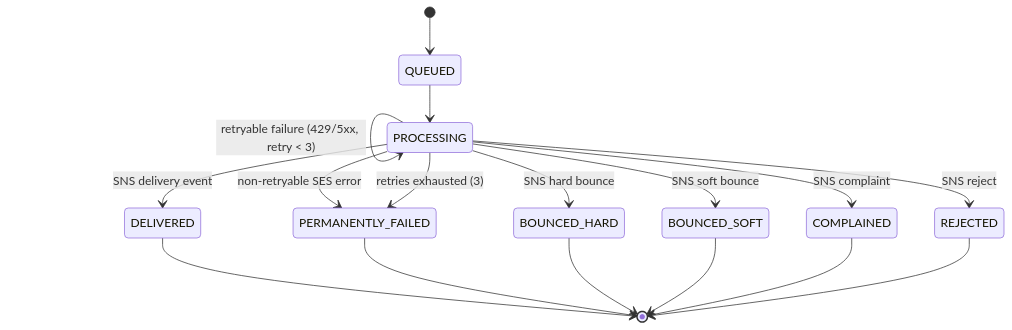
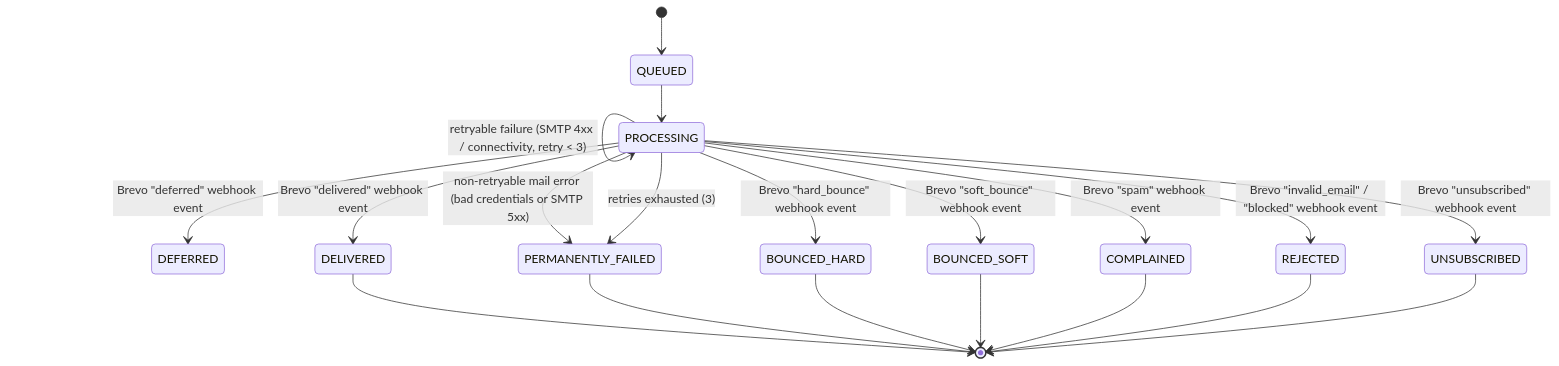
One commit to Kiranvora17/noticore-api changed the first of 9 diagrams in README.md. Above: the diagram before and after it, drawn with Mermaid. The commit also changed other lines of this file, not shown here.

First line of the commit message:
Update README to reflect Brevo migration and new pre-release features

````diff
--- a/README.md
+++ b/README.md
@@ -54,19 +58,22 @@
 ```mermaid
 stateDiagram-v2
     [*] --> QUEUED
     QUEUED --> PROCESSING
-    PROCESSING --> PROCESSING: retryable failure (429/5xx, retry < 3)
-    PROCESSING --> PERMANENTLY_FAILED: non-retryable SES error
+    PROCESSING --> PROCESSING: retryable failure (SMTP 4xx / connectivity, retry < 3)
+    PROCESSING --> PERMANENTLY_FAILED: non-retryable mail error (bad credentials or SMTP 5xx)
     PROCESSING --> PERMANENTLY_FAILED: retries exhausted (3)
-    PROCESSING --> DELIVERED: SNS delivery event
-    PROCESSING --> BOUNCED_HARD: SNS hard bounce
-    PROCESSING --> BOUNCED_SOFT: SNS soft bounce
-    PROCESSING --> COMPLAINED: SNS complaint
-    PROCESSING --> REJECTED: SNS reject
+    PROCESSING --> DELIVERED: Brevo "delivered" webhook event
+    PROCESSING --> DEFERRED: Brevo "deferred" webhook event
+    PROCESSING --> BOUNCED_HARD: Brevo "hard_bounce" webhook event
+    PROCESSING --> BOUNCED_SOFT: Brevo "soft_bounce" webhook event
+    PROCESSING --> COMPLAINED: Brevo "spam" webhook event
+    PROCESSING --> REJECTED: Brevo "invalid_email" / "blocked" webhook event
+    PROCESSING --> UNSUBSCRIBED: Brevo "unsubscribed" webhook event
     DELIVERED --> [*]
     PERMANENTLY_FAILED --> [*]
     BOUNCED_HARD --> [*]
     BOUNCED_SOFT --> [*]
     COMPLAINED --> [*]
     REJECTED --> [*]
+    UNSUBSCRIBED --> [*]
 ```
````
